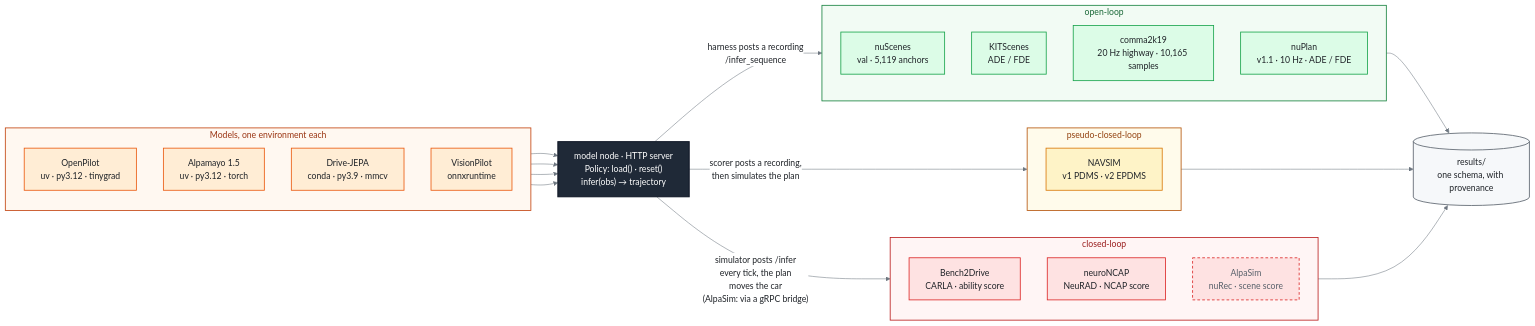
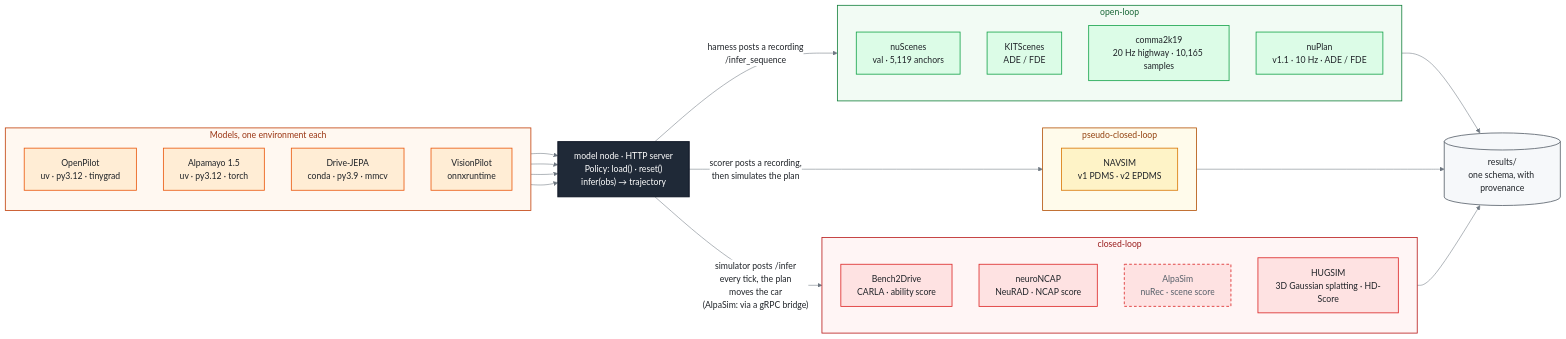
One commit to FastCodeAI/Paddock changed the diagram in README.md. Above: the diagram before and after it, drawn with Mermaid. The commit also changed other lines of this file and 27 other files, not shown here.

````diff
--- a/README.md
+++ b/README.md
@@ -21,59 +21,60 @@
 ```mermaid
 %%{init: {"theme": "base", "themeVariables": {"primaryTextColor": "#1f2328", "lineColor": "#6e7781",
   "edgeLabelBackground": "#ffffff", "clusterBkg": "#ffffff", "clusterBorder": "#d0d7de"}}}%%
 flowchart LR
     subgraph models ["Models, one environment each"]
         direction TB
         op["OpenPilot<br/>uv · py3.12 · tinygrad"]
         al["Alpamayo 1.5<br/>uv · py3.12 · torch"]
         dj["Drive-JEPA<br/>conda · py3.9 · mmcv"]
         vp["VisionPilot<br/>onnxruntime"]
     end
 
     pol["model node · HTTP server<br/>Policy: load() · reset()<br/>infer(obs) → trajectory"]
 
     subgraph open ["open-loop"]
         direction TB
         ns["nuScenes<br/>val · 5,119 anchors"]
         ks["KITScenes<br/>ADE / FDE"]
         c2k["comma2k19<br/>20 Hz highway · 10,165 samples"]
         npl["nuPlan<br/>v1.1 · 10 Hz · ADE / FDE"]
     end
     subgraph pseudo ["pseudo-closed-loop"]
         nv["NAVSIM<br/>v1 PDMS · v2 EPDMS"]
     end
     subgraph closed ["closed-loop"]
         direction TB
         b2d["Bench2Drive<br/>CARLA · ability score"]
         nc["neuroNCAP<br/>NeuRAD · NCAP score"]
         alp["AlpaSim<br/>nuRec · scene score"]
+        hug["HUGSIM<br/>3D Gaussian splatting · HD-Score"]
     end
 
     res[("results/<br/>one schema, with provenance")]
 
     op & al & dj & vp --> pol
     pol -- "harness posts a recording<br/>/infer_sequence" --> open
     pol -- "scorer posts a recording,<br/>then simulates the plan" --> pseudo
     pol -- "simulator posts /infer<br/>every tick, the plan<br/>moves the car<br/>(AlpaSim: via a gRPC bridge)" --> closed
     open & pseudo & closed --> res
 
     style models fill:#fff8f1,stroke:#c2410c,stroke-width:1.5px,color:#9a3412
     style open   fill:#f2fbf4,stroke:#15803d,stroke-width:1.5px,color:#166534
     style pseudo fill:#fffbeb,stroke:#b45309,stroke-width:1.5px,color:#92400e
     style closed fill:#fff5f5,stroke:#b91c1c,stroke-width:1.5px,color:#991b1b
 
     classDef model   fill:#ffedd5,stroke:#ea580c,stroke-width:1.5px,color:#1f2328
     classDef waist   fill:#1f2937,stroke:#111827,stroke-width:2px,color:#ffffff
     classDef ol      fill:#dcfce7,stroke:#16a34a,stroke-width:1.5px,color:#1f2328
     classDef pcl     fill:#fef3c7,stroke:#d97706,stroke-width:1.5px,color:#1f2328
     classDef cl      fill:#fee2e2,stroke:#dc2626,stroke-width:1.5px,color:#1f2328
     classDef planned stroke-dasharray:5 4,color:#57606a
     classDef store   fill:#f6f8fa,stroke:#57606a,stroke-width:1.5px,color:#1f2328
     class op,al,dj,vp model
     class pol waist
     class ns,ks,c2k,npl ol
     class nv pcl
-    class b2d,nc,alp cl
+    class b2d,nc,alp,hug cl
     class alp planned
     class res store
 ```
````
